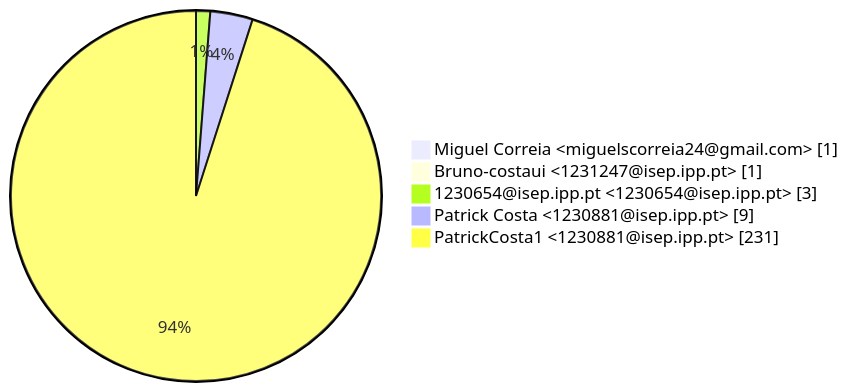
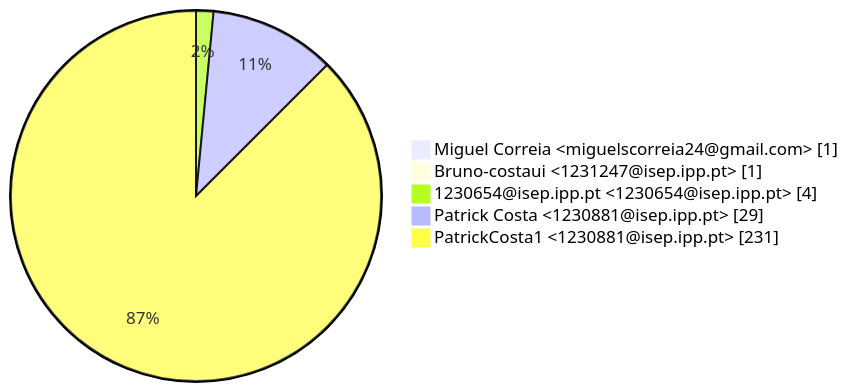
Before and after one commit to PatrickCosta1/LSIS1_Grupo_7_GitHub: the third of 3 diagrams in GitAnalysis/Sprint_1/Contributions.md, drawn with Mermaid. The commit also changed other lines of this file and 27 other files, not shown here.

````diff
--- a/GitAnalysis/Sprint_1/Contributions.md
+++ b/GitAnalysis/Sprint_1/Contributions.md
@@ -31,8 +31,8 @@
 ```mermaid
 pie showData
     " Miguel Correia <miguelscorreia24@gmail.com>" : 1
     " Bruno-costaui <1231247@isep.ipp.pt>" : 1
-    " 1230654@isep.ipp.pt <1230654@isep.ipp.pt>" : 3
-    " Patrick Costa <1230881@isep.ipp.pt>" : 9
+    " 1230654@isep.ipp.pt <1230654@isep.ipp.pt>" : 4
+    " Patrick Costa <1230881@isep.ipp.pt>" : 29
     " PatrickCosta1 <1230881@isep.ipp.pt>" : 231
 ```
````
